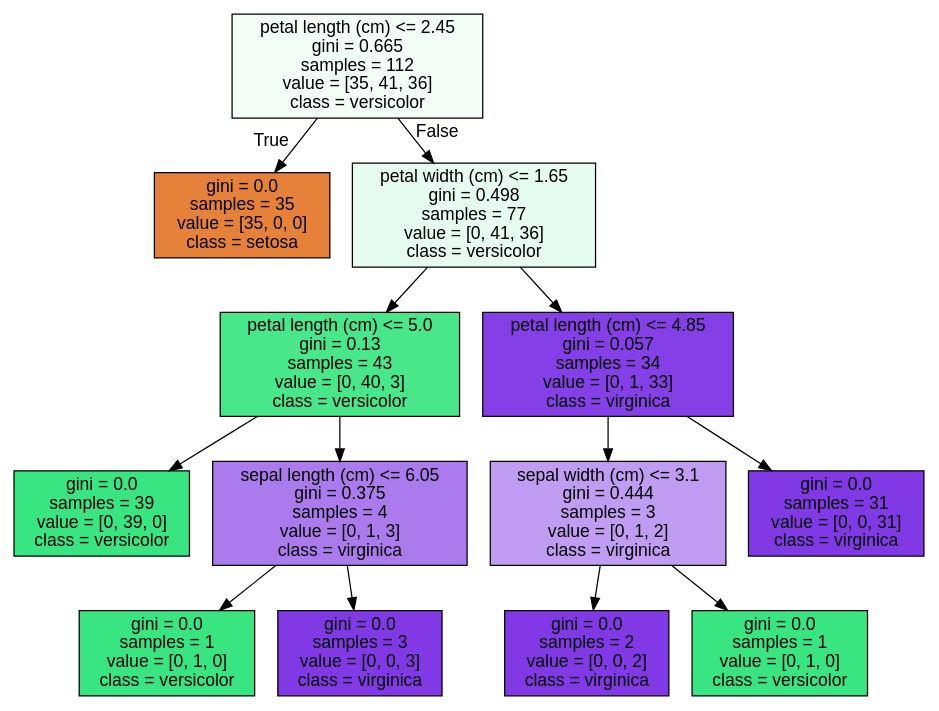
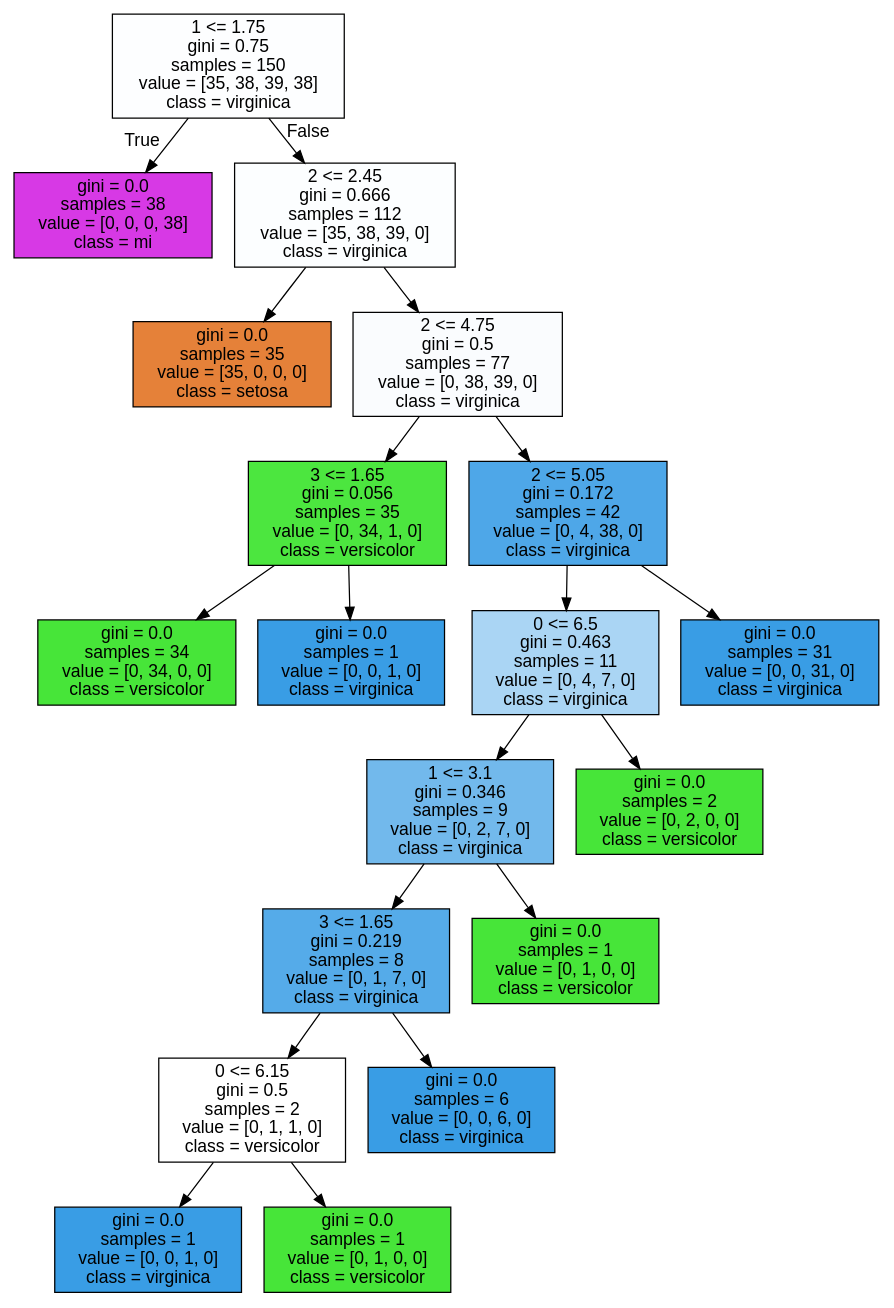
One commit to AlvaroCastro1/IA changed the diagram in ArbolDecisiones/arbol_iris.dot. Above: the diagram before and after it, drawn with Graphviz. The commit also changed 8 other files, not shown here.

```diff
--- a/ArbolDecisiones/arbol_iris.dot
+++ b/ArbolDecisiones/arbol_iris.dot
@@ -1,29 +1,41 @@
 digraph Tree {
 node [shape=box, style="filled", color="black", fontname="helvetica"] ;
 edge [fontname="helvetica"] ;
-0 [label="petal length (cm) <= 2.45\ngini = 0.665\nsamples = 112\nvalue = [35, 41, 36]\nclass = versicolor", fillcolor="#f2fdf7"] ;
-1 [label="gini = 0.0\nsamples = 35\nvalue = [35, 0, 0]\nclass = setosa", fillcolor="#e58139"] ;
+0 [label="1 <= 1.75\ngini = 0.75\nsamples = 150\nvalue = [35, 38, 39, 38]\nclass = virginica", fillcolor="#fdfeff"] ;
+1 [label="gini = 0.0\nsamples = 38\nvalue = [0, 0, 0, 38]\nclass = mi", fillcolor="#d739e5"] ;
 0 -> 1 [labeldistance=2.5, labelangle=45, headlabel="True"] ;
-2 [label="petal width (cm) <= 1.65\ngini = 0.498\nsamples = 77\nvalue = [0, 41, 36]\nclass = versicolor", fillcolor="#e7fcf0"] ;
+2 [label="2 <= 2.45\ngini = 0.666\nsamples = 112\nvalue = [35, 38, 39, 0]\nclass = virginica", fillcolor="#fcfeff"] ;
 0 -> 2 [labeldistance=2.5, labelangle=-45, headlabel="False"] ;
-3 [label="petal length (cm) <= 5.0\ngini = 0.13\nsamples = 43\nvalue = [0, 40, 3]\nclass = versicolor", fillcolor="#48e78a"] ;
+3 [label="gini = 0.0\nsamples = 35\nvalue = [35, 0, 0, 0]\nclass = setosa", fillcolor="#e58139"] ;
 2 -> 3 ;
-4 [label="gini = 0.0\nsamples = 39\nvalue = [0, 39, 0]\nclass = versicolor", fillcolor="#39e581"] ;
-3 -> 4 ;
-5 [label="sepal length (cm) <= 6.05\ngini = 0.375\nsamples = 4\nvalue = [0, 1, 3]\nclass = virginica", fillcolor="#ab7bee"] ;
-3 -> 5 ;
-6 [label="gini = 0.0\nsamples = 1\nvalue = [0, 1, 0]\nclass = versicolor", fillcolor="#39e581"] ;
+4 [label="2 <= 4.75\ngini = 0.5\nsamples = 77\nvalue = [0, 38, 39, 0]\nclass = virginica", fillcolor="#fafcfe"] ;
+2 -> 4 ;
+5 [label="3 <= 1.65\ngini = 0.056\nsamples = 35\nvalue = [0, 34, 1, 0]\nclass = versicolor", fillcolor="#4ce63f"] ;
+4 -> 5 ;
+6 [label="gini = 0.0\nsamples = 34\nvalue = [0, 34, 0, 0]\nclass = versicolor", fillcolor="#47e539"] ;
 5 -> 6 ;
-7 [label="gini = 0.0\nsamples = 3\nvalue = [0, 0, 3]\nclass = virginica", fillcolor="#8139e5"] ;
+7 [label="gini = 0.0\nsamples = 1\nvalue = [0, 0, 1, 0]\nclass = virginica", fillcolor="#399de5"] ;
 5 -> 7 ;
-8 [label="petal length (cm) <= 4.85\ngini = 0.057\nsamples = 34\nvalue = [0, 1, 33]\nclass = virginica", fillcolor="#853fe6"] ;
-2 -> 8 ;
-9 [label="sepal width (cm) <= 3.1\ngini = 0.444\nsamples = 3\nvalue = [0, 1, 2]\nclass = virginica", fillcolor="#c09cf2"] ;
+8 [label="2 <= 5.05\ngini = 0.172\nsamples = 42\nvalue = [0, 4, 38, 0]\nclass = virginica", fillcolor="#4ea7e8"] ;
+4 -> 8 ;
+9 [label="0 <= 6.5\ngini = 0.463\nsamples = 11\nvalue = [0, 4, 7, 0]\nclass = virginica", fillcolor="#aad5f4"] ;
 8 -> 9 ;
-10 [label="gini = 0.0\nsamples = 2\nvalue = [0, 0, 2]\nclass = virginica", fillcolor="#8139e5"] ;
+10 [label="1 <= 3.1\ngini = 0.346\nsamples = 9\nvalue = [0, 2, 7, 0]\nclass = virginica", fillcolor="#72b9ec"] ;
 9 -> 10 ;
-11 [label="gini = 0.0\nsamples = 1\nvalue = [0, 1, 0]\nclass = versicolor", fillcolor="#39e581"] ;
-9 -> 11 ;
-12 [label="gini = 0.0\nsamples = 31\nvalue = [0, 0, 31]\nclass = virginica", fillcolor="#8139e5"] ;
-8 -> 12 ;
+11 [label="3 <= 1.65\ngini = 0.219\nsamples = 8\nvalue = [0, 1, 7, 0]\nclass = virginica", fillcolor="#55abe9"] ;
+10 -> 11 ;
+12 [label="0 <= 6.15\ngini = 0.5\nsamples = 2\nvalue = [0, 1, 1, 0]\nclass = versicolor", fillcolor="#ffffff"] ;
+11 -> 12 ;
+13 [label="gini = 0.0\nsamples = 1\nvalue = [0, 0, 1, 0]\nclass = virginica", fillcolor="#399de5"] ;
+12 -> 13 ;
+14 [label="gini = 0.0\nsamples = 1\nvalue = [0, 1, 0, 0]\nclass = versicolor", fillcolor="#47e539"] ;
+12 -> 14 ;
+15 [label="gini = 0.0\nsamples = 6\nvalue = [0, 0, 6, 0]\nclass = virginica", fillcolor="#399de5"] ;
+11 -> 15 ;
+16 [label="gini = 0.0\nsamples = 1\nvalue = [0, 1, 0, 0]\nclass = versicolor", fillcolor="#47e539"] ;
+10 -> 16 ;
+17 [label="gini = 0.0\nsamples = 2\nvalue = [0, 2, 0, 0]\nclass = versicolor", fillcolor="#47e539"] ;
+9 -> 17 ;
+18 [label="gini = 0.0\nsamples = 31\nvalue = [0, 0, 31, 0]\nclass = virginica", fillcolor="#399de5"] ;
+8 -> 18 ;
 }
```
